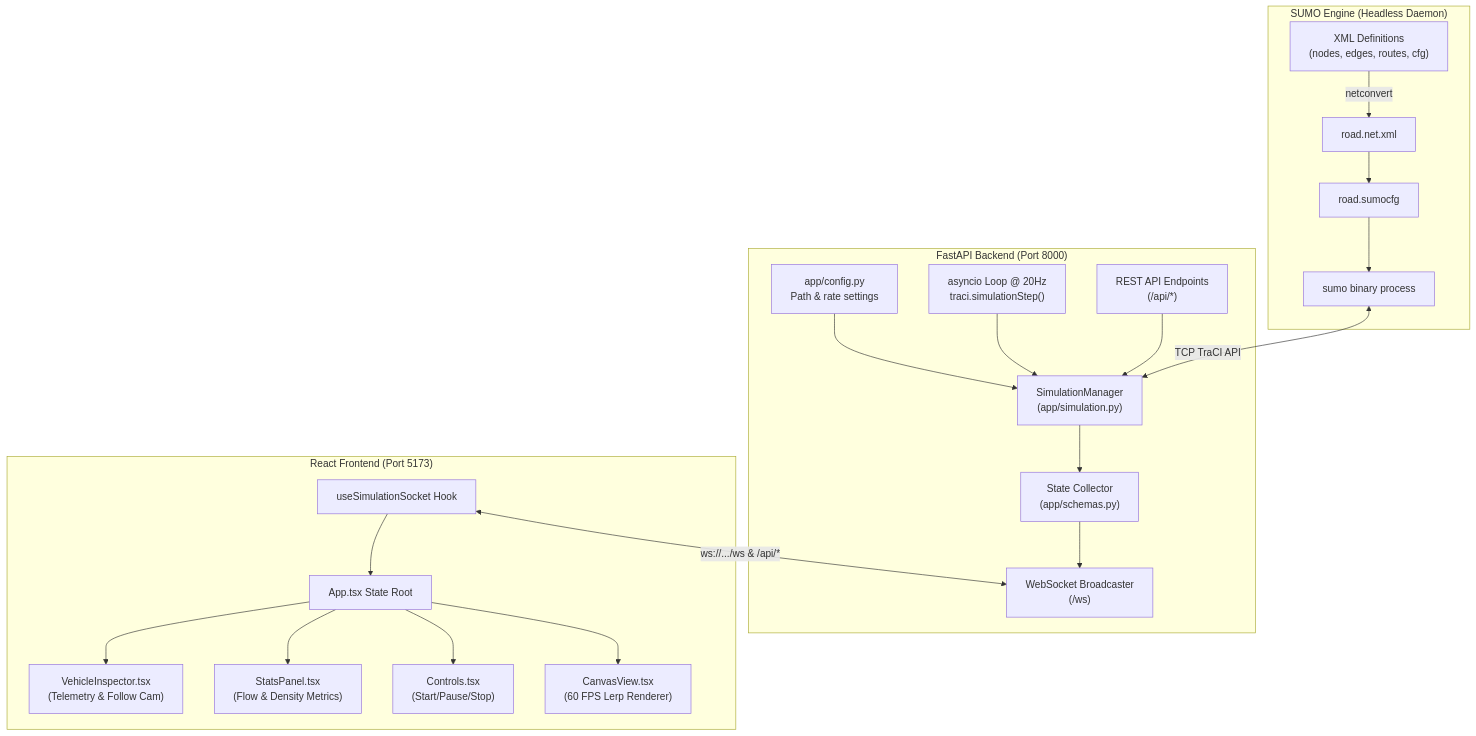
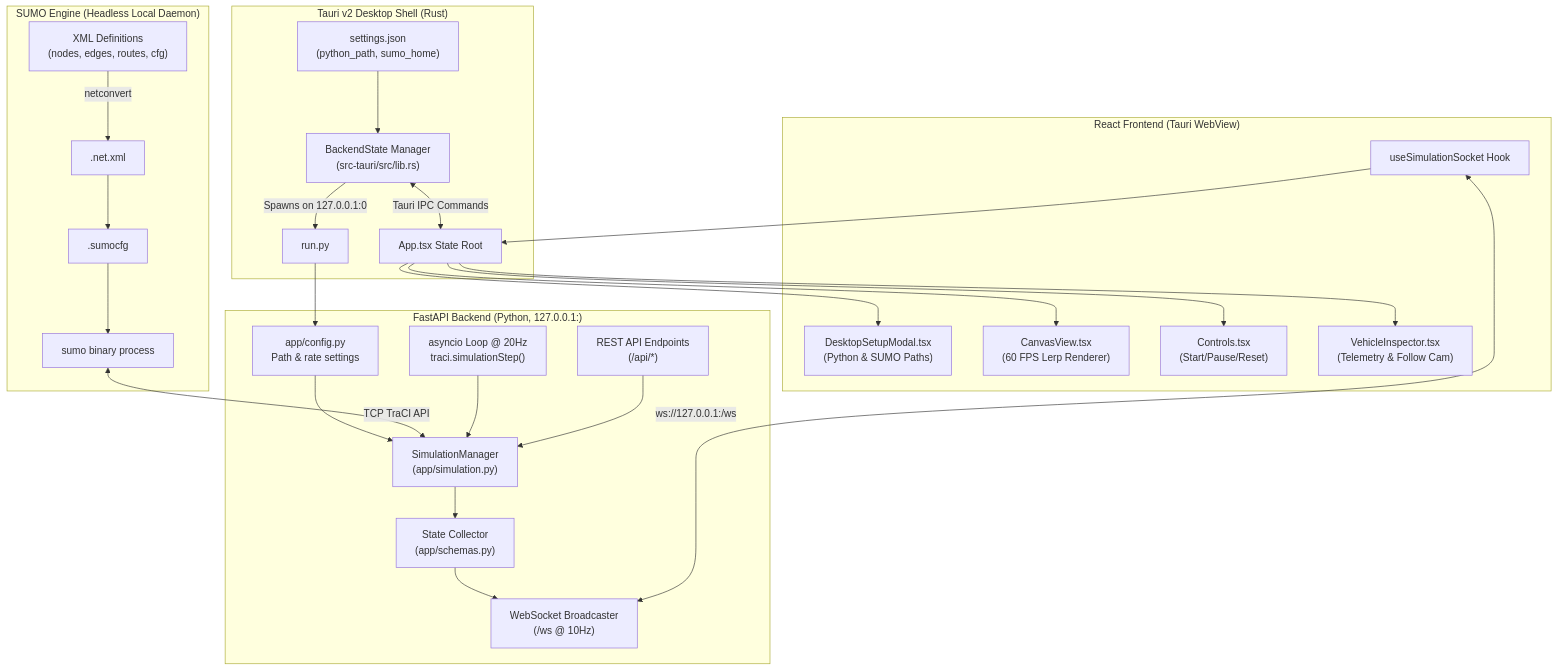
One commit to vkivaturi/traffis changed the diagram in AGENTS.md. Above: the diagram before and after it, drawn with Mermaid. The commit also changed other lines of this file and 34 other files, not shown here.

Commit message:
feat: integrate Tauri to support desktop application wrapper

````diff
--- a/AGENTS.md
+++ b/AGENTS.md
@@ -19,26 +22,33 @@
 ```mermaid
 flowchart TD
-    subgraph SUMO_Engine ["SUMO Engine (Headless Daemon)"]
-        XML["XML Definitions<br/>(nodes, edges, routes, cfg)"] -->|netconvert| NET["road.net.xml"]
-        NET --> SUMOCFG["road.sumocfg"]
+    subgraph Tauri_Shell ["Tauri v2 Desktop Shell (Rust)"]
+        CFG["settings.json<br/>(python_path, sumo_home)"] --> MGR["BackendState Manager<br/>(src-tauri/src/lib.rs)"]
+        MGR -->|Spawns on 127.0.0.1:0| PROC_PY
+        MGR <-->|Tauri IPC Commands| APP
+    end
+
+    subgraph SUMO_Engine ["SUMO Engine (Headless Local Daemon)"]
+        XML["XML Definitions<br/>(nodes, edges, routes, cfg)"] -->|netconvert| NET[".net.xml"]
+        NET --> SUMOCFG[".sumocfg"]
         SUMOCFG --> PROC["sumo binary process"]
     end
 
-    subgraph Backend ["FastAPI Backend (Port 8000)"]
-        CONF["app/config.py<br/>Path & rate settings"] --> SM["SimulationManager<br/>(app/simulation.py)"]
+    subgraph Backend ["FastAPI Backend (Python, 127.0.0.1:<port>)"]
+        PROC_PY["run.py"] --> CONF["app/config.py<br/>Path & rate settings"]
+        CONF --> SM["SimulationManager<br/>(app/simulation.py)"]
         PROC <-->|TCP TraCI API| SM
         LOOP["asyncio Loop @ 20Hz<br/>traci.simulationStep()"] --> SM
         SM --> STATE["State Collector<br/>(app/schemas.py)"]
-        STATE --> WS["WebSocket Broadcaster<br/>(/ws)"]
+        STATE --> WS["WebSocket Broadcaster<br/>(/ws @ 10Hz)"]
         REST["REST API Endpoints<br/>(/api/*)"] --> SM
     end
 
-    subgraph Frontend ["React Frontend (Port 5173)"]
-        SOCK["useSimulationSocket Hook"] <-->|ws://.../ws & /api/*| WS
+    subgraph Frontend ["React Frontend (Tauri WebView)"]
+        SOCK["useSimulationSocket Hook"] <-->|ws://127.0.0.1:<port>/ws| WS
         SOCK --> APP["App.tsx State Root"]
+        APP --> SETUP["DesktopSetupModal.tsx<br/>(Python & SUMO Paths)"]
         APP --> CV["CanvasView.tsx<br/>(60 FPS Lerp Renderer)"]
-        APP --> CTRL["Controls.tsx<br/>(Start/Pause/Stop)"]
-        APP --> STATS["StatsPanel.tsx<br/>(Flow & Density Metrics)"]
+        APP --> CTRL["Controls.tsx<br/>(Start/Pause/Reset)"]
         APP --> INSP["VehicleInspector.tsx<br/>(Telemetry & Follow Cam)"]
     end
 ```
````
